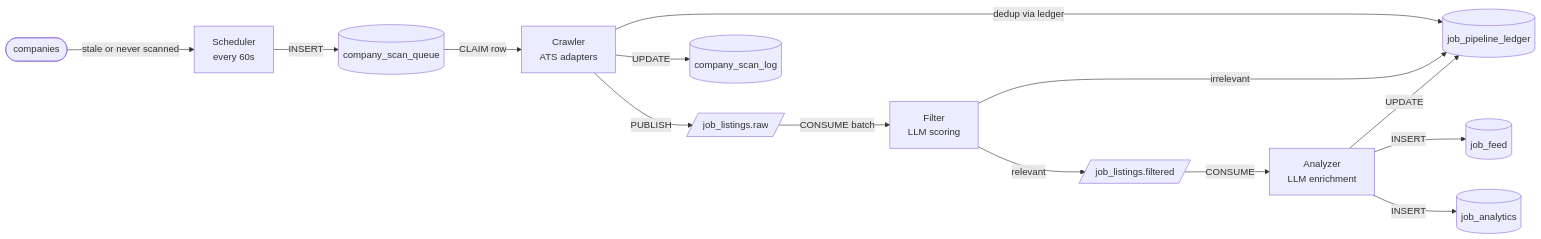
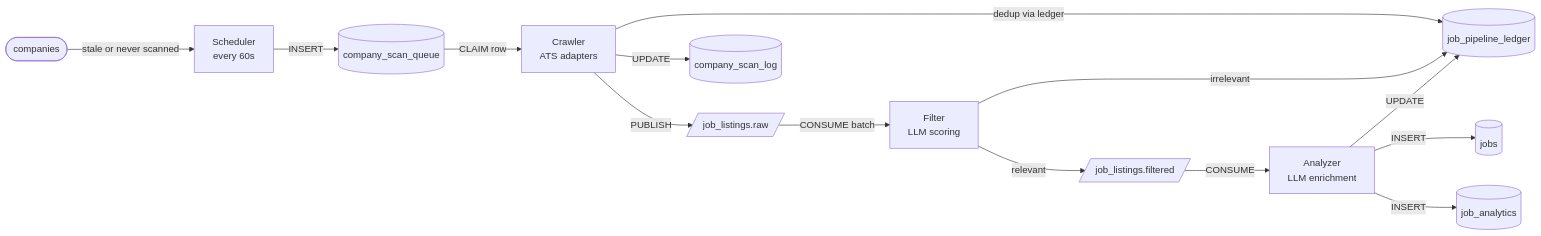
Before and after one commit to trushilpatel/JobRadar: the second of 3 diagrams in docs/ARCHITECTURE.md, drawn with Mermaid. The commit also changed other lines of this file and 21 other files, not shown here.

````diff
--- a/docs/ARCHITECTURE.md
+++ b/docs/ARCHITECTURE.md
@@ -85,18 +85,18 @@
 ```mermaid
 flowchart LR
   A([companies]) -->|stale or never scanned| B[Scheduler\nevery 60s]
   B -->|INSERT| C[(company_scan_queue)]
   C -->|CLAIM row| D[Crawler\nATS adapters]
   D -->|dedup via ledger| E[(job_pipeline_ledger)]
   D -->|PUBLISH| F[/job_listings.raw/]
   D -->|UPDATE| G[(company_scan_log)]
 
   F -->|CONSUME batch| H[Filter\nLLM scoring]
   H -->|relevant| I[/job_listings.filtered/]
   H -->|irrelevant| E
 
   I -->|CONSUME| J[Analyzer\nLLM enrichment]
-  J -->|INSERT| K[(job_feed)]
+  J -->|INSERT| K[(jobs)]
   J -->|INSERT| L[(job_analytics)]
   J -->|UPDATE| E
 ```
````
